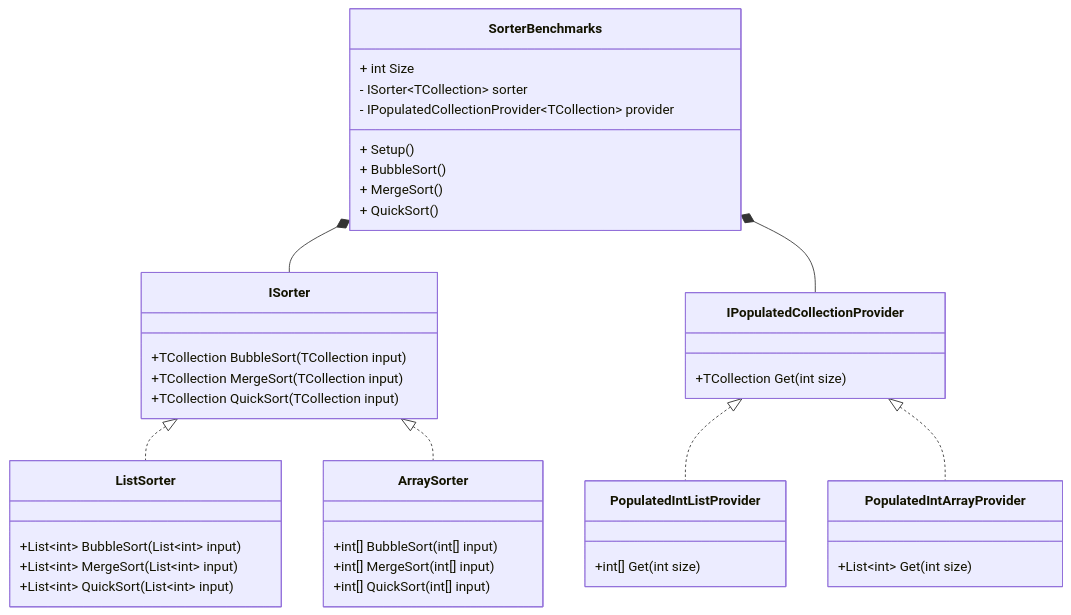
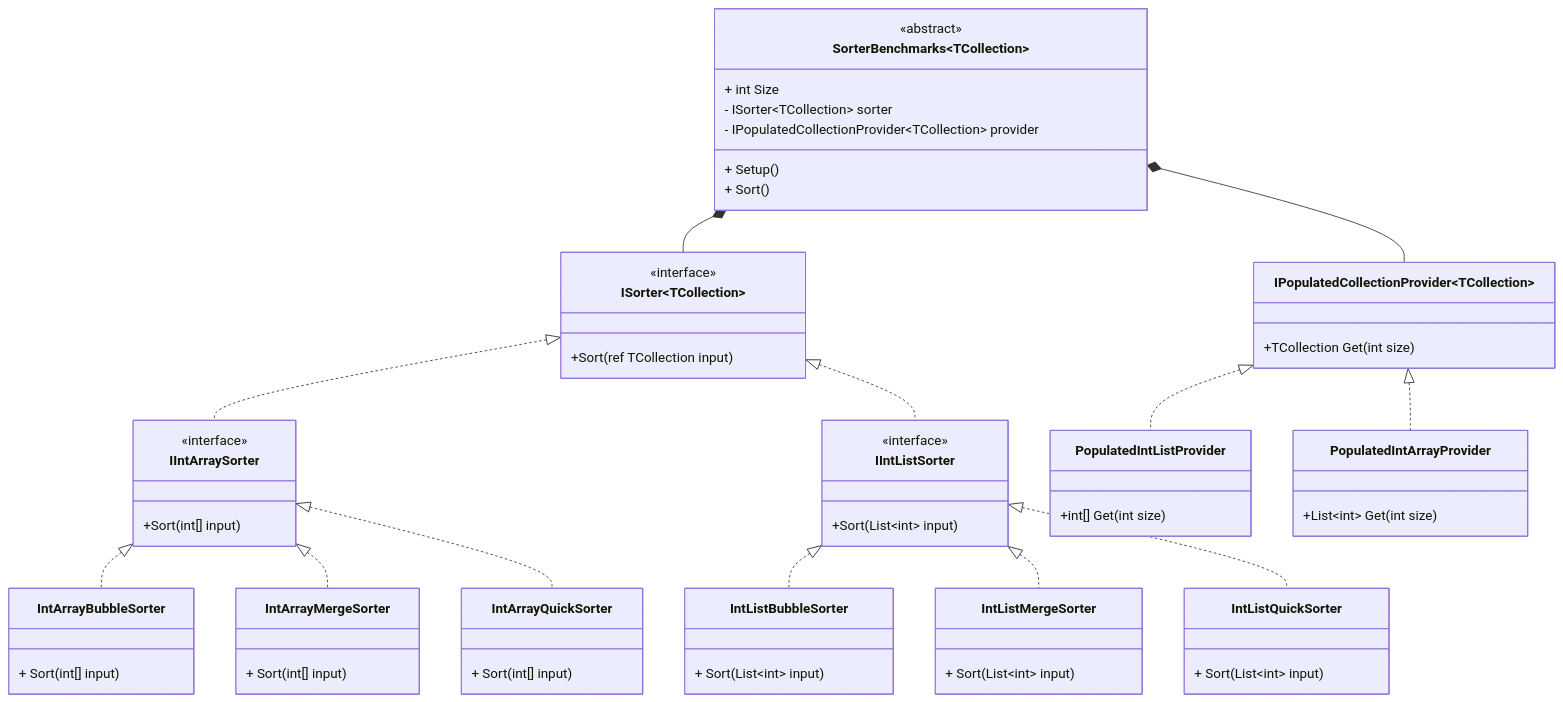
The diagram in CollectionSortingBenchmarks/classes.mmd (ngiessel/CollectionSortingBenchmarks), drawn with Mermaid before and after one commit.

Commit message:
Update class diagram

```diff
--- a/CollectionSortingBenchmarks/classes.mmd
+++ b/CollectionSortingBenchmarks/classes.mmd
@@ -1,44 +1,72 @@
 classDiagram
 direction TB
-ISorter <|.. ListSorter
-ISorter <|.. ArraySorter
 class ISorter~TCollection~ {
-    +TCollection BubbleSort(TCollection input)
-    +TCollection MergeSort(TCollection input)
-    +TCollection QuickSort(TCollection input)
+    +Sort(ref TCollection input)
 }
-class ListSorter {
-    +List~int~ BubbleSort(List~int~ input)
-    +List~int~ MergeSort(List~int~ input)
-    +List~int~ QuickSort(List~int~ input)
+<<interface>> ISorter~TCollection~
+
+class IIntArraySorter {
+    +Sort(int[] input)
 }
-class ArraySorter {
-    +int[] BubbleSort(int[] input)
-    +int[] MergeSort(int[] input)
-    +int[] QuickSort(int[] input)
+<<interface>> IIntArraySorter
+
+class IIntListSorter {
+    +Sort(List~int~ input)
+}
+<<interface>> IIntListSorter
+
+ISorter <|.. IIntArraySorter
+ISorter <|.. IIntListSorter
+
+class IntListBubbleSorter {
+    + Sort(List~int~ input)
+}
+class IntListMergeSorter {
+    + Sort(List~int~ input)
+}
+class IntListQuickSorter {
+    + Sort(List~int~ input)
+}
+
+IIntListSorter <|.. IntListBubbleSorter
+IIntListSorter <|.. IntListMergeSorter
+IIntListSorter <|.. IntListQuickSorter
+
+class IntArrayBubbleSorter {
+    + Sort(int[] input)
+}
+class IntArrayMergeSorter {
+    + Sort(int[] input)
+}
+class IntArrayQuickSorter {
+    + Sort(int[] input)
+}
+
+IIntArraySorter <|.. IntArrayBubbleSorter
+IIntArraySorter <|.. IntArrayMergeSorter
+IIntArraySorter <|.. IntArrayQuickSorter
+
+class IPopulatedCollectionProvider~TCollection~ {
+    +TCollection Get(int size)
+}
+class PopulatedIntListProvider {
+    +int[] Get(int size)
+}
+class PopulatedIntArrayProvider {
+    +List~int~ Get(int size)
 }
 
 IPopulatedCollectionProvider <|.. PopulatedIntListProvider
 IPopulatedCollectionProvider <|.. PopulatedIntArrayProvider
-class IPopulatedCollectionProvider~TCollection~ {
-    +TCollection Get(int size)
-}
-class PopulatedIntListProvider~TCollection~ {
-    +int[] Get(int size)
-}
-class PopulatedIntArrayProvider~TCollection~ {
-    +List~int~ Get(int size)
-}
-
-SorterBenchmarks *-- ISorter
-SorterBenchmarks *-- IPopulatedCollectionProvider
 
 class SorterBenchmarks~TCollection~ {
     + int Size
     - ISorter~TCollection~ sorter
     - IPopulatedCollectionProvider~TCollection~ provider
     + Setup()
-    + BubbleSort()
-    + MergeSort()
-    + QuickSort()
+    + Sort()
 }
+<<abstract>> SorterBenchmarks
+
+SorterBenchmarks *-- ISorter
+SorterBenchmarks *-- IPopulatedCollectionProvider
```
